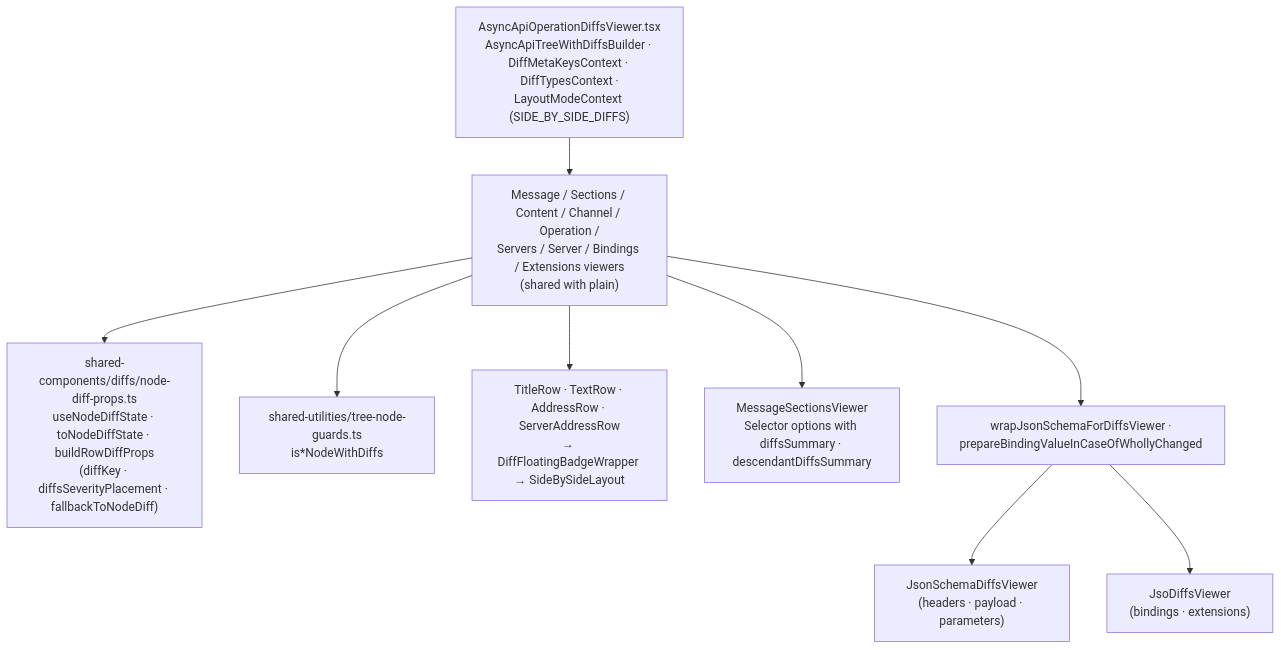
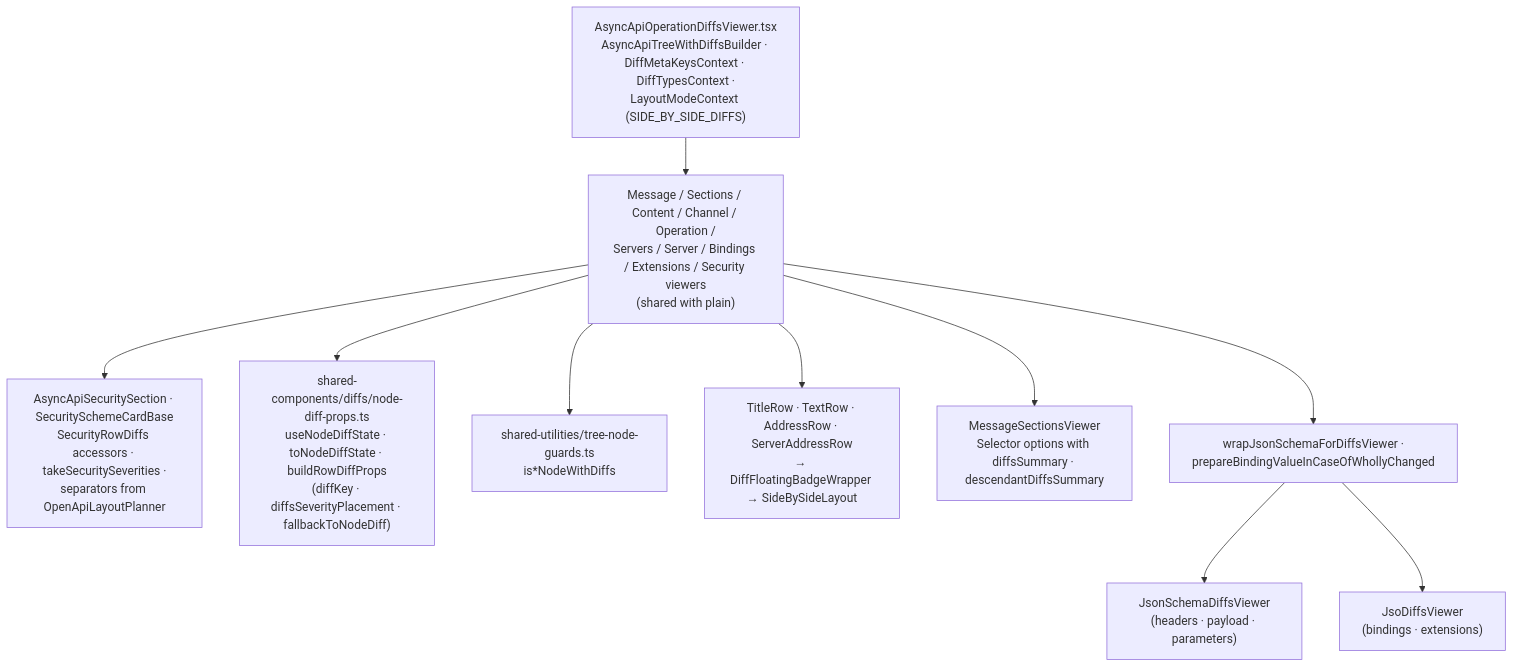
The diagram in docs/design/async-api/architecture/viewer-with-diffs.md (Netcracker/qubership-apihub-api-doc-viewer), drawn with Mermaid before and after one commit. The commit also changed 193 other files, not shown here.

Commit message:
feat: `Security` section for `AsyncAPI`

````diff
--- a/docs/design/async-api/architecture/viewer-with-diffs.md
+++ b/docs/design/async-api/architecture/viewer-with-diffs.md
@@ -10,21 +10,23 @@
 ```mermaid
 flowchart TB
   RootD["AsyncApiOperationDiffsViewer.tsx<br/>AsyncApiTreeWithDiffsBuilder · DiffMetaKeysContext · DiffTypesContext ·<br/>LayoutModeContext (SIDE_BY_SIDE_DIFFS)"]
-  NodeViewers["Message / Sections / Content / Channel / Operation /<br/>Servers / Server / Bindings / Extensions viewers<br/>(shared with plain)"]
+  NodeViewers["Message / Sections / Content / Channel / Operation /<br/>Servers / Server / Bindings / Extensions / Security viewers<br/>(shared with plain)"]
+  SecurityD["AsyncApiSecuritySection · SecuritySchemeCardBase<br/>SecurityRowDiffs accessors · takeSecuritySeverities ·<br/>separators from OpenApiLayoutPlanner"]
   DiffState["shared-components/diffs/node-diff-props.ts<br/>useNodeDiffState · toNodeDiffState · buildRowDiffProps<br/>(diffKey · diffsSeverityPlacement · fallbackToNodeDiff)"]
   Guards["shared-utilities/tree-node-guards.ts<br/>is*NodeWithDiffs"]
   Rows["TitleRow · TextRow · AddressRow · ServerAddressRow<br/>→ DiffFloatingBadgeWrapper → SideBySideLayout"]
   SectionSelector["MessageSectionsViewer<br/>Selector options with diffsSummary · descendantDiffsSummary"]
   JsonSchemaD["JsonSchemaDiffsViewer<br/>(headers · payload · parameters)"]
   JsoD["JsoDiffsViewer<br/>(bindings · extensions)"]
   Wrap["wrapJsonSchemaForDiffsViewer ·<br/>prepareBindingValueInCaseOfWhollyChanged"]
 
   RootD --> NodeViewers
   NodeViewers --> Guards
   NodeViewers --> DiffState
   NodeViewers --> Rows
   NodeViewers --> SectionSelector
   NodeViewers --> Wrap
+  NodeViewers --> SecurityD
   Wrap --> JsonSchemaD
   Wrap --> JsoD
 ```
````
